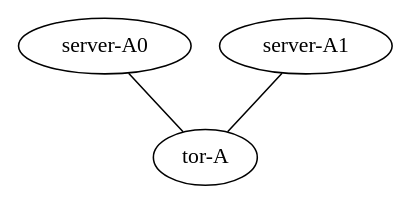
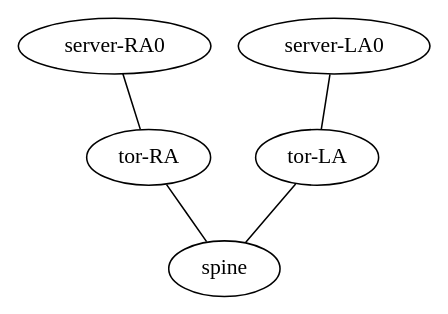
Before and after one commit to datacompucrs/DataCenter-1: the diagram in Vagrant/Get_Started/viewer.dot, drawn with Graphviz. The commit also changed 34 other files, not shown here.

```diff
--- a/Vagrant/Get_Started/viewer.dot
+++ b/Vagrant/Get_Started/viewer.dot
@@ -1,9 +1,13 @@
 graph vx {
-"tor-A" [function="leaf" vagrant="eth1" os="hashicorp/bionic64" version="1.0.282" memory="500" config="./helper_scripts/config_production_switch.sh" ]
-"server-A0" [function="host" vagrant="eth3" os="hashicorp/bionic64" version="1.0.282" memory="500" config="./helper_scripts/config_production_server.sh" ]
-"server-A1" [function="host" vagrant="eth3" os="hashicorp/bionic64" version="1.0.282" memory="500" config="./helper_scripts/config_production_server.sh" ]
+"tor-LA" [function="leaf" vagrant="eth1" os="hashicorp/bionic64" version="1.0.282" memory="600" config="./helper_scripts/config_production_switch.sh" ]
+"server-LA0" [function="host" vagrant="eth3" os="hashicorp/bionic64" version="1.0.282" memory="600" config="./helper_scripts/config_production_server.sh" ]
 
+"tor-RA" [function="leaf" vagrant="eth1" os="hashicorp/bionic64" version="1.0.282" memory="600" config="./helper_scripts/config_production_switch.sh" ]
+"server-RA0" [function="host" vagrant="eth3" os="hashicorp/bionic64" version="1.0.282" memory="600" config="./helper_scripts/config_production_server.sh" ]
 
-"server-A0":"eth1" -- "tor-A":"eth1" [left_mac="00:01:00:11:11:01"]
-"server-A1":"eth1" -- "tor-A":"eth2" [left_mac="00:01:00:22:22:02"]
+"tor-LA":"eth50" -- "spine":"eth1"
+"tor-RA":"eth50" -- "spine":"eth2"
+
+"server-LA0":"eth1" -- "tor-LA":"eth1" [left_mac="00:01:00:11:11:01"]
+"server-RA0":"eth1" -- "tor-RA":"eth1" [left_mac="00:01:00:11:11:01"]
 }
```
